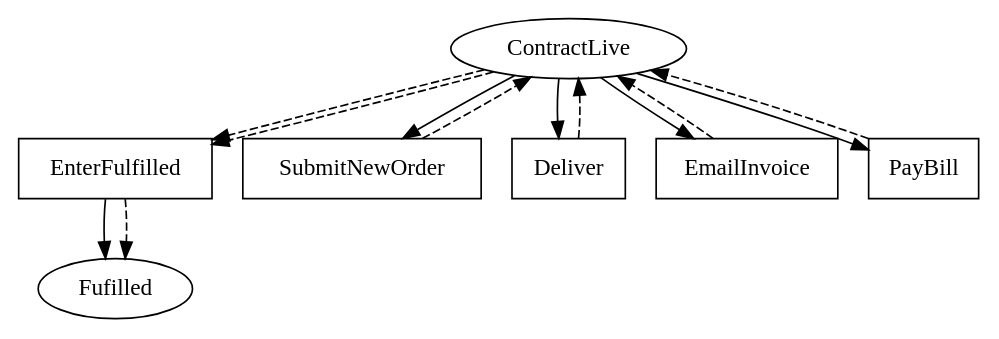
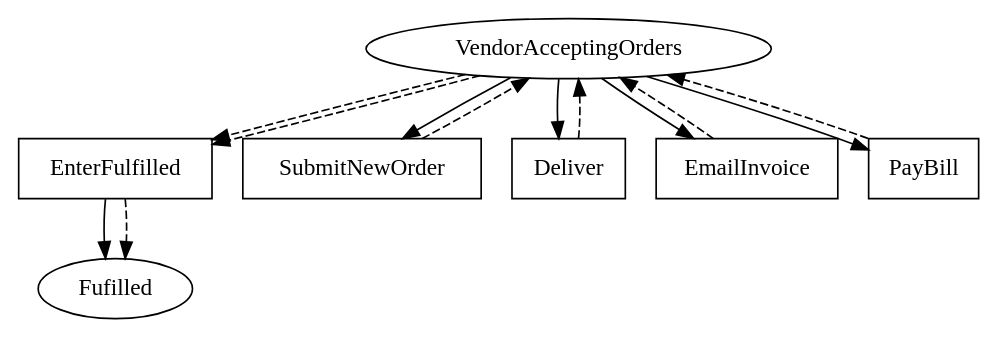
The diagram in linear_state_machine_language/pyL4/examples_graphviz_out/hvitved_master_sales_agreement_full_without_future_obligations.dot (Marcao02/complaw-deeptech), drawn with Graphviz before and after one commit. The commit also changed 21 other files, not shown here.

```diff
--- a/linear_state_machine_language/pyL4/examples_graphviz_out/hvitved_master_sales_agreement_full_without_future_obligations.dot
+++ b/linear_state_machine_language/pyL4/examples_graphviz_out/hvitved_master_sales_agreement_full_without_future_obligations.dot
@@ -1,31 +1,31 @@
 // THIS IS A GENERATED FILE. DO NOT EDIT.
 
 digraph Master_Sales_Agreement {    
     Fulfilled[label=Fufilled];
-    ContractLive[label=ContractLive]
+    VendorAcceptingOrders[label=VendorAcceptingOrders]
     
     EnterFulfilled[label=EnterFufilled,shape=box]; 
     EnterFulfilled[label=EnterFulfilled,shape=box];
 	SubmitNewOrder[label=SubmitNewOrder,shape=box];
 	Deliver[label=Deliver,shape=box];
 	EmailInvoice[label=EmailInvoice,shape=box];
 	PayBill[label=PayBill,shape=box]    
     
     EnterFulfilled -> Fulfilled;
     
-    ContractLive -> SubmitNewOrder;
-	ContractLive -> PayBill;
-	ContractLive -> Deliver;
-	ContractLive -> EmailInvoice;
-	ContractLive -> EnterFulfilled [style=dashed];
-	ContractLive -> EnterFulfilled [style=dashed]
+    VendorAcceptingOrders -> SubmitNewOrder;
+	VendorAcceptingOrders -> PayBill;
+	VendorAcceptingOrders -> Deliver;
+	VendorAcceptingOrders -> EmailInvoice;
+	VendorAcceptingOrders -> EnterFulfilled [style=dashed];
+	VendorAcceptingOrders -> EnterFulfilled [style=dashed]
     
     EnterFulfilled -> Fulfilled [style=dashed];
-	SubmitNewOrder -> ContractLive [style=dashed];
-	Deliver -> ContractLive [style=dashed];
-	EmailInvoice -> ContractLive [style=dashed];
-	PayBill -> ContractLive [style=dashed];
+	SubmitNewOrder -> VendorAcceptingOrders [style=dashed];
+	Deliver -> VendorAcceptingOrders [style=dashed];
+	EmailInvoice -> VendorAcceptingOrders [style=dashed];
+	PayBill -> VendorAcceptingOrders [style=dashed];
 	     
     
        
 }
```
